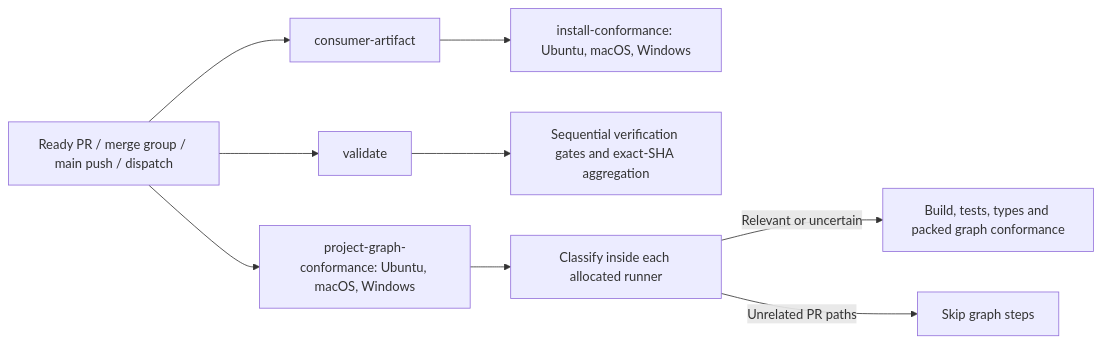
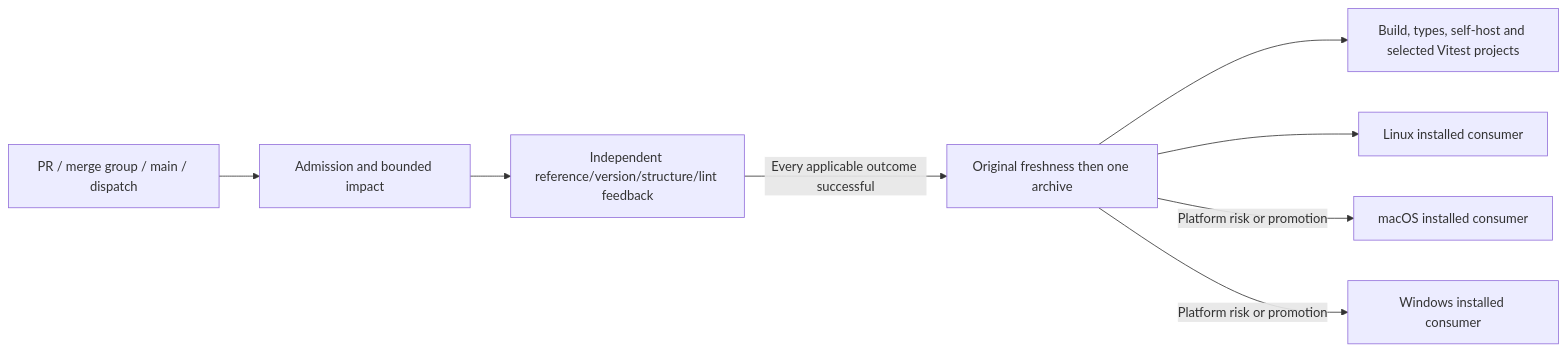
Before and after one commit to voidcorp-core/void-machine: the second of 3 diagrams in docs/CI-CHAIN.md, drawn with Mermaid. The commit also changed other lines of this file and 30 other files, not shown here.

````diff
--- a/docs/CI-CHAIN.md
+++ b/docs/CI-CHAIN.md
@@ -66,11 +66,10 @@
 ```mermaid
 flowchart LR
-  Event[Ready PR / merge group / main push / dispatch] --> Validate[validate]
-  Event --> Artifact[consumer-artifact]
-  Event --> Graph[project-graph-conformance: Ubuntu, macOS, Windows]
-  Artifact --> Install[install-conformance: Ubuntu, macOS, Windows]
-  Validate --> Gates[Sequential verification gates and exact-SHA aggregation]
-  Graph --> Classify[Classify inside each allocated runner]
-  Classify -->|Relevant or uncertain| GraphProof[Build, tests, types and packed graph conformance]
-  Classify -->|Unrelated PR paths| GraphSkip[Skip graph steps]
+  Event[PR / merge group / main / dispatch] --> Prepare[Admission and bounded impact]
+  Prepare --> Cheap[Independent reference/version/structure/lint feedback]
+  Cheap -->|Every applicable outcome successful| Archive[Original freshness then one archive]
+  Archive --> Validate[Build, types, self-host and selected Vitest projects]
+  Archive --> Linux[Linux installed consumer]
+  Archive -->|Platform risk or promotion| Mac[macOS installed consumer]
+  Archive -->|Platform risk or promotion| Windows[Windows installed consumer]
 ```
````
